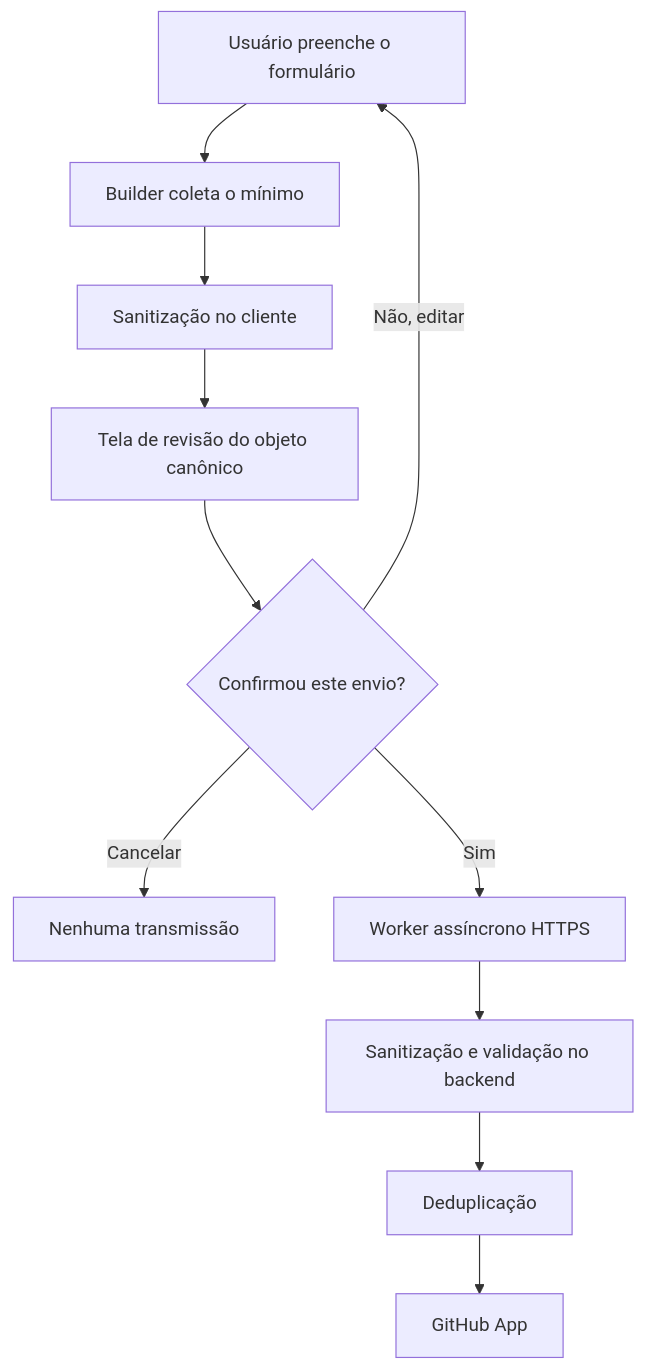
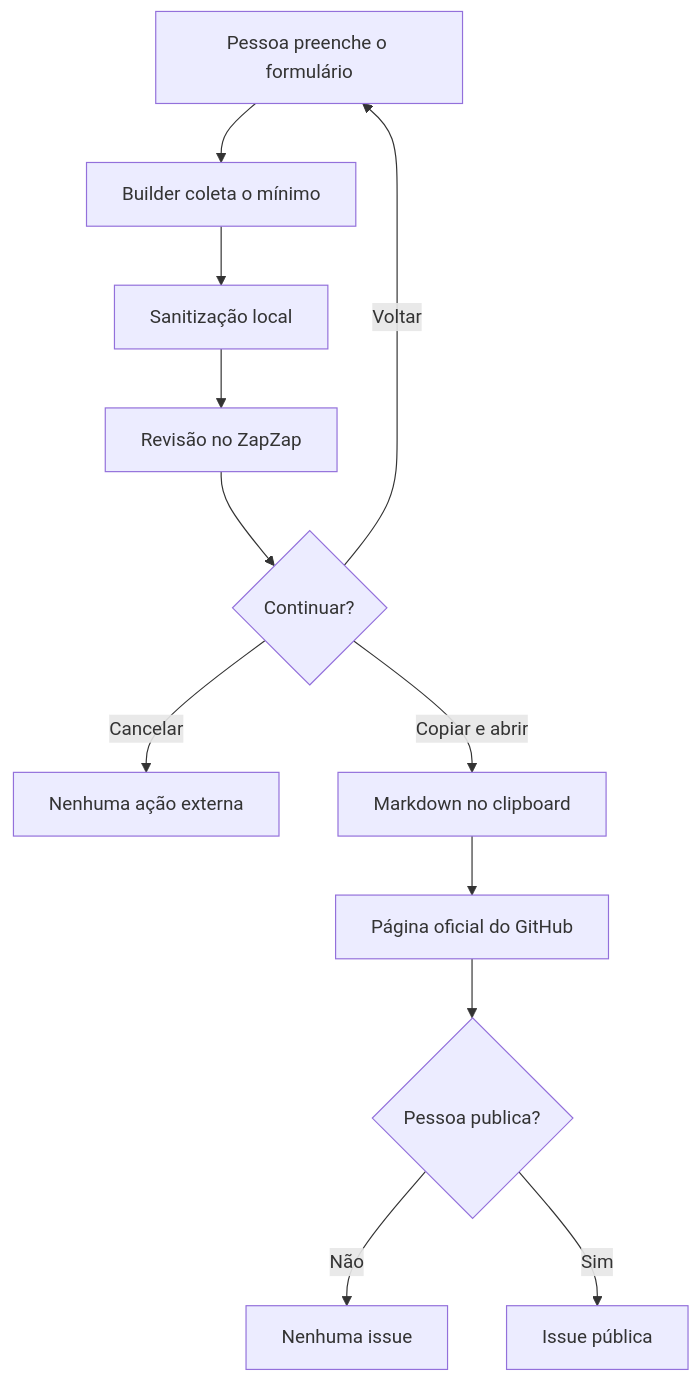
Before and after one commit to rafatosta/zapzap: the first of 2 diagrams in docs/reporting.md, drawn with Mermaid. The commit also changed other lines of this file and 46 other files, not shown here.

First line of the commit message:
feat(reporting): prepare GitHub issue reports locally

````diff
--- a/docs/reporting.md
+++ b/docs/reporting.md
@@ -22,13 +26,14 @@
 ```mermaid
 flowchart TD
-    A[Usuário preenche o formulário] --> B[Builder coleta o mínimo]
-    B --> C[Sanitização no cliente]
-    C --> D[Tela de revisão do objeto canônico]
-    D --> E{Confirmou este envio?}
-    E -->|Não, editar| A
-    E -->|Cancelar| F[Nenhuma transmissão]
-    E -->|Sim| G[Worker assíncrono HTTPS]
-    G --> H[Sanitização e validação no backend]
-    H --> I[Deduplicação]
-    I --> J[GitHub App]
+    A[Pessoa preenche o formulário] --> B[Builder coleta o mínimo]
+    B --> C[Sanitização local]
+    C --> D[Revisão no ZapZap]
+    D --> E{Continuar?}
+    E -->|Voltar| A
+    E -->|Cancelar| F[Nenhuma ação externa]
+    E -->|Copiar e abrir| G[Markdown no clipboard]
+    G --> H[Página oficial do GitHub]
+    H --> I{Pessoa publica?}
+    I -->|Não| J[Nenhuma issue]
+    I -->|Sim| K[Issue pública]
 ```
````
